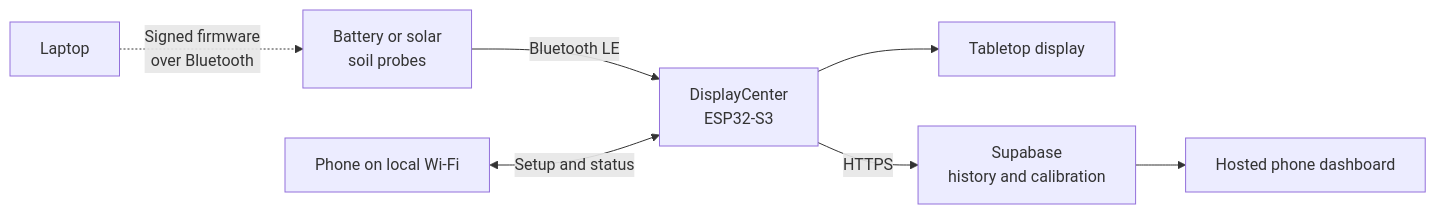
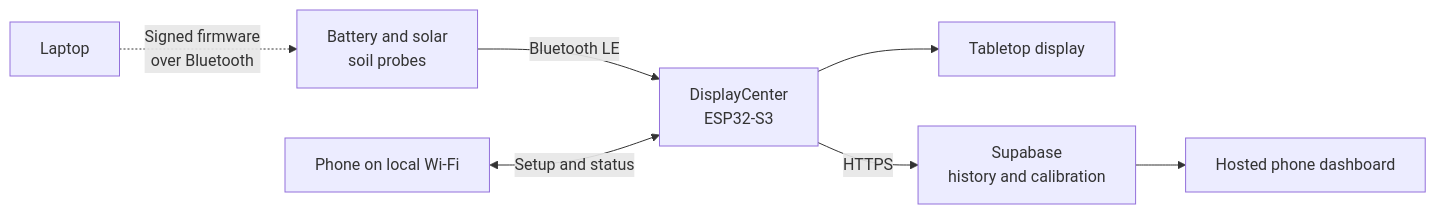
The diagram in README.md (samam624/ProjectTreebeard), drawn with Mermaid before and after one commit. The commit also changed other lines of this file, not shown here.

````diff
--- a/README.md
+++ b/README.md
@@ -62,9 +39,9 @@
 ```mermaid
 flowchart LR
-    P[Battery or solar<br>soil probes] -->|Bluetooth LE| D[DisplayCenter<br>ESP32-S3]
+    P[Battery and solar<br>soil probes] -->|Bluetooth LE| D[DisplayCenter<br>ESP32-S3]
     D --> T[Tabletop display]
     F[Phone on local Wi-Fi] <-->|Setup and status| D
     D -->|HTTPS| S[Supabase<br>history and calibration]
     S --> W[Hosted phone dashboard]
     L[Laptop] -.->|Signed firmware<br>over Bluetooth| P
 ```
````
